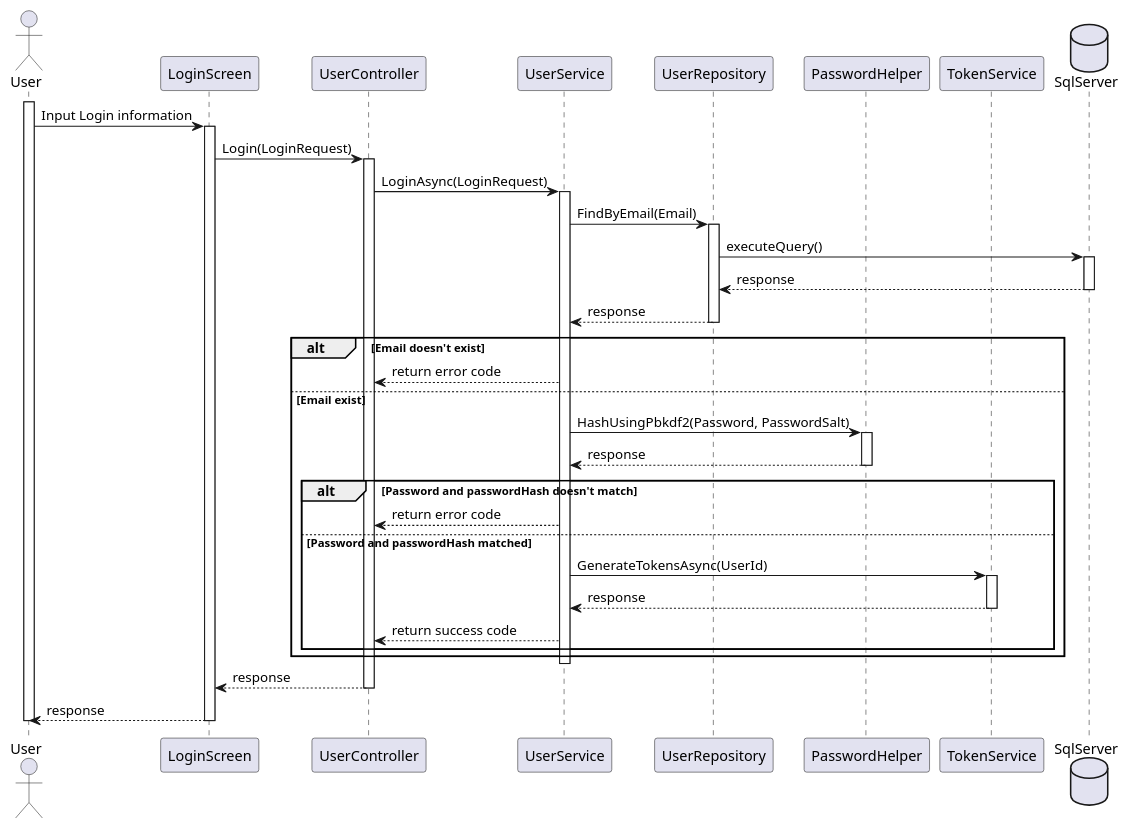
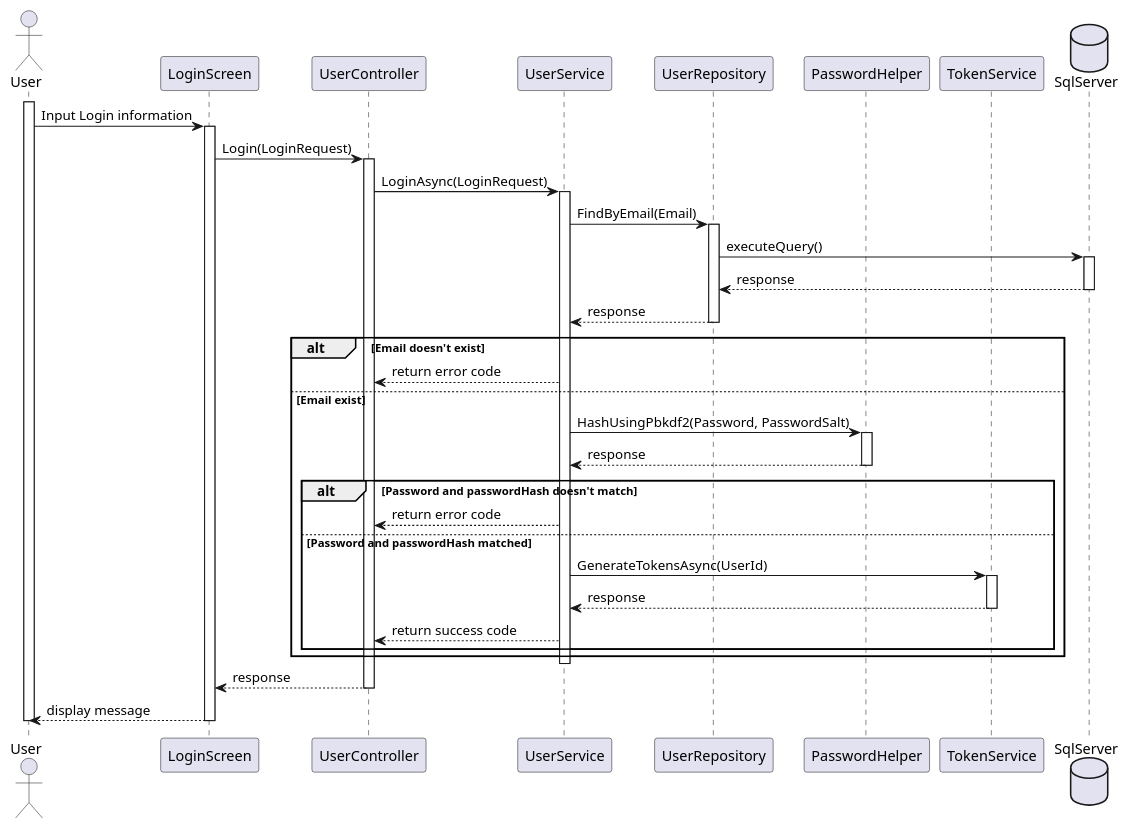
One commit to envydiace/FLMS_Diagram changed the diagram in Common_feature_for_logged_user/Sequence_diagram/uc01_login.puml. Above: the diagram before and after it, drawn with PlantUML. The commit also changed 3 other files, not shown here.

```diff
--- a/Common_feature_for_logged_user/Sequence_diagram/uc01_login.puml
+++ b/Common_feature_for_logged_user/Sequence_diagram/uc01_login.puml
@@ -1,49 +1,49 @@
 @startuml Login
 actor User
 participant LoginScreen
 participant UserController
 participant UserService
 participant UserRepository
 participant PasswordHelper
 participant TokenService
 database SqlServer
 
 activate User
     User -> LoginScreen: Input Login information
     activate LoginScreen
         LoginScreen -> UserController: Login(LoginRequest)
         activate UserController
             UserController -> UserService: LoginAsync(LoginRequest)
             activate UserService
                 UserService -> UserRepository: FindByEmail(Email)
                 activate UserRepository
                     UserRepository -> SqlServer: executeQuery()
                     activate SqlServer
                         SqlServer --> UserRepository: response
                     deactivate SqlServer
                     UserRepository --> UserService: response
                 deactivate UserRepository
                 alt Email doesn't exist 
                     UserService --> UserController: return error code
                 else Email exist
                     UserService -> PasswordHelper: HashUsingPbkdf2(Password, PasswordSalt)
                     activate PasswordHelper
                         PasswordHelper --> UserService: response
                     deactivate PasswordHelper
                     alt Password and passwordHash doesn't match 
                         UserService --> UserController: return error code
                     else Password and passwordHash matched
                         UserService -> TokenService: GenerateTokensAsync(UserId)
                         activate TokenService
                             TokenService --> UserService: response
                         deactivate TokenService
                         UserService --> UserController: return success code
                     end
                 end
             deactivate UserService
             UserController --> LoginScreen: response
         deactivate UserController
-        LoginScreen --> User: response
+        LoginScreen --> User: display message
     deactivate LoginScreen
 deactivate User
 @enduml
```
